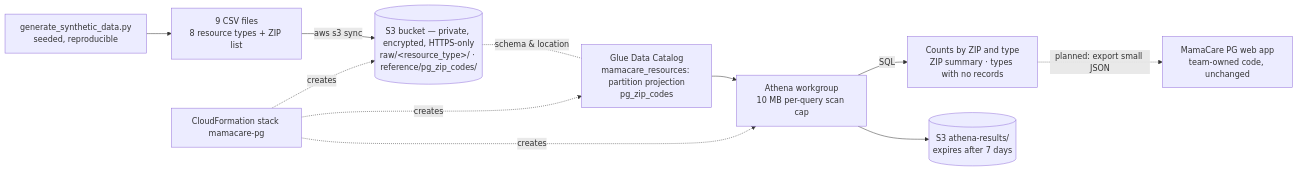
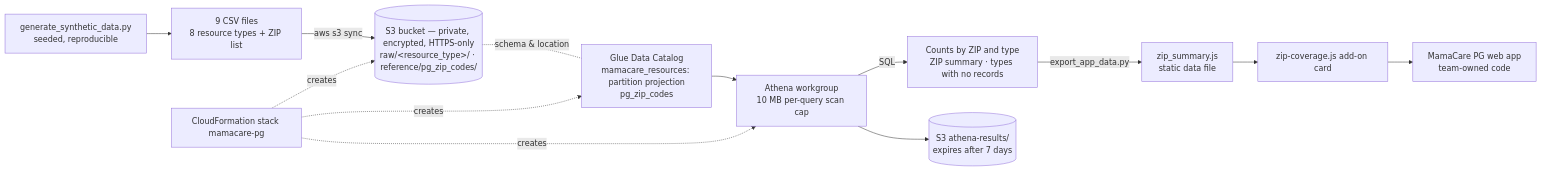
The diagram in README.md (Torhira-Aminu/mamacare-pg-data-pipeline), drawn with Mermaid before and after one commit. The commit also changed other lines of this file and 5 other files, not shown here.

First line of the commit message:
Add app integration: export Athena ZIP summary and ZIP coverage card add-on

````diff
--- a/README.md
+++ b/README.md
@@ -11,11 +11,12 @@
 ```mermaid
 flowchart LR
     G[generate_synthetic_data.py<br/>seeded, reproducible] --> CSV[9 CSV files<br/>8 resource types + ZIP list]
     CSV -->|aws s3 sync| S3[(S3 bucket — private, encrypted, HTTPS-only<br/>raw/&lt;resource_type&gt;/ · reference/pg_zip_codes/)]
     S3 -.schema & location.- GC[Glue Data Catalog<br/>mamacare_resources: partition projection<br/>pg_zip_codes]
     GC --> A[Athena workgroup<br/>10 MB per-query scan cap]
     A -->|SQL| Q[Counts by ZIP and type<br/>ZIP summary · types with no records]
     A --> R[(S3 athena-results/<br/>expires after 7 days)]
-    Q -.planned: export small JSON.-> APP[MamaCare PG web app<br/>team-owned code, unchanged]
+    Q -->|export_app_data.py| J[zip_summary.js<br/>static data file]
+    J --> W[zip-coverage.js add-on card] --> APP[MamaCare PG web app<br/>team-owned code]
     CFN[CloudFormation stack mamacare-pg] -.creates.-> S3 & GC & A
 ```
````
